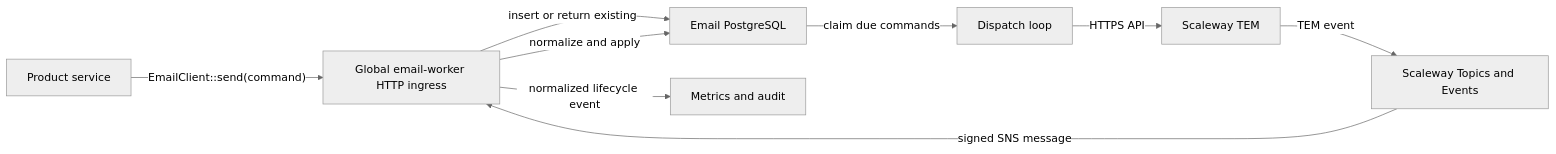
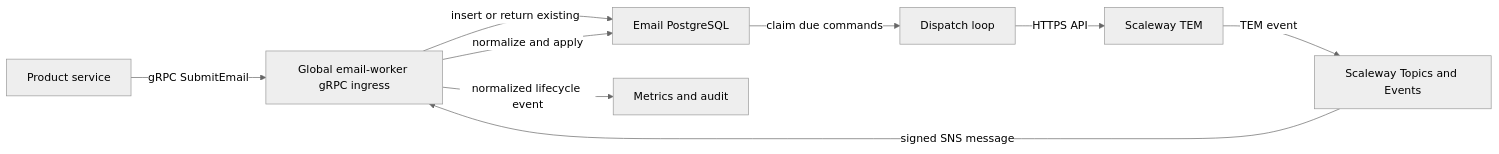
The diagram in docs/superpowers/specs/2026-08-02-global-email-delivery-design.md (nvbes-org/nvbes), drawn with Mermaid (neutral theme) before and after one commit. The commit also changed other lines of this file, not shown here.

Commit message:
docs(email): adopt grpc and delivery deadlines

````diff
--- a/docs/superpowers/specs/2026-08-02-global-email-delivery-design.md
+++ b/docs/superpowers/specs/2026-08-02-global-email-delivery-design.md
@@ -33,11 +33,11 @@
 ```mermaid
 flowchart LR
-    P["Product service"] -->|"EmailClient::send(command)"| E["Global email-worker HTTP ingress"]
+    P["Product service"] -->|"gRPC SubmitEmail"| E["Global email-worker gRPC ingress"]
     E -->|"insert or return existing"| D["Email PostgreSQL"]
     D -->|"claim due commands"| W["Dispatch loop"]
     W -->|"HTTPS API"| S["Scaleway TEM"]
     S -->|"TEM event"| N["Scaleway Topics and Events"]
     N -->|"signed SNS message"| E
     E -->|"normalize and apply"| D
     E -->|"normalized lifecycle event"| O["Metrics and audit"]
 ```
````
